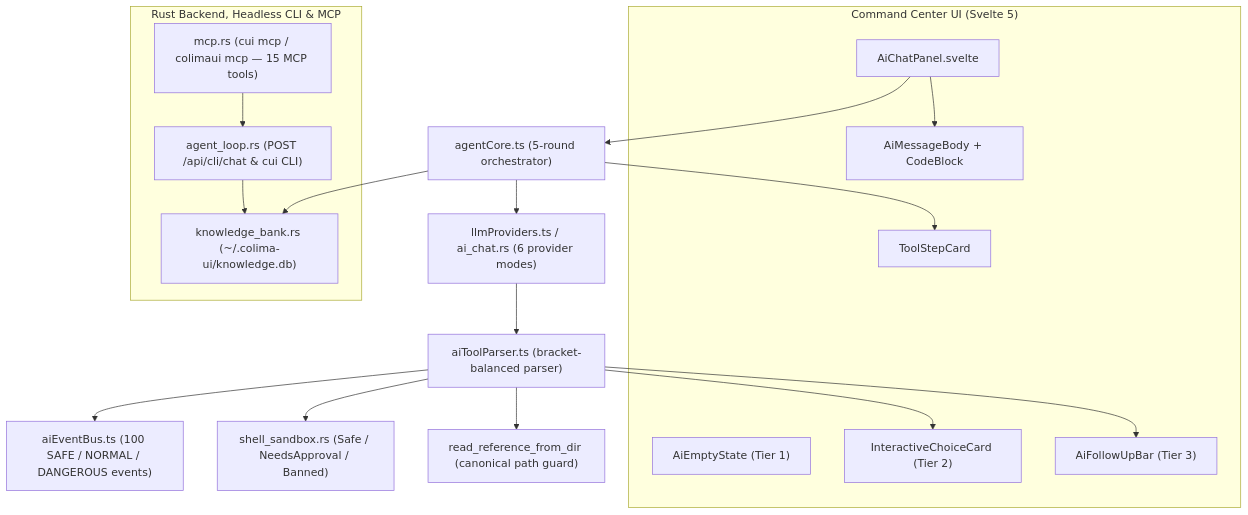
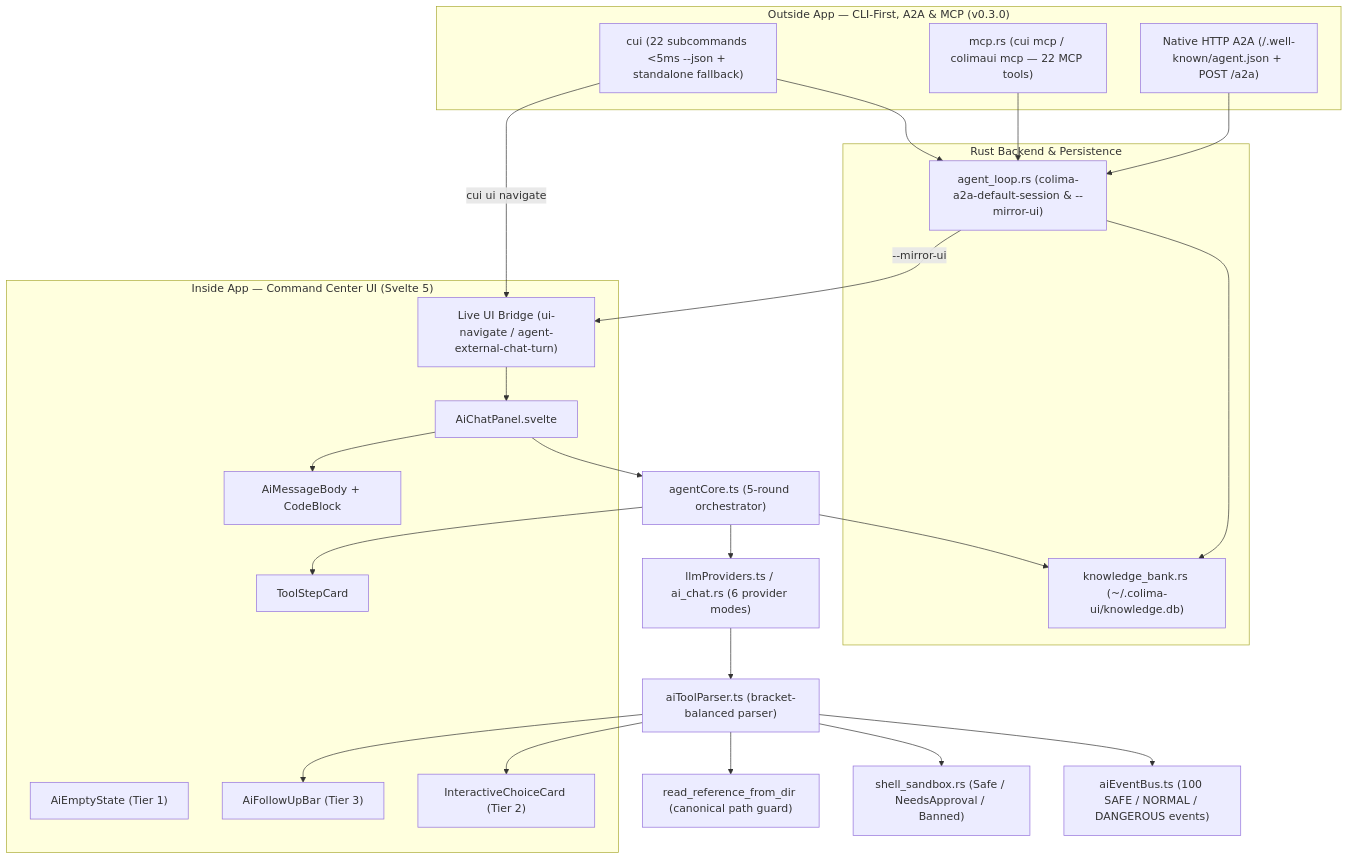
Before and after one commit to vnknowledge2014/colima-ui: the diagram in docs/ai.md, drawn with Mermaid. The commit also changed other lines of this file and 43 other files, not shown here.

First line of the commit message:
feat(v0.3.0): unify CLI-first cui, full headless agent parity, UI bridge & native A2A (#95)

````diff
--- a/docs/ai.md
+++ b/docs/ai.md
@@ -9,33 +11,44 @@
 ```mermaid
 graph TD
-    subgraph UI["Command Center UI (Svelte 5)"]
+    subgraph UI["Inside App — Command Center UI (Svelte 5)"]
         PANEL["AiChatPanel.svelte"]
         EMPTY["AiEmptyState (Tier 1)"]
         CHOICE["InteractiveChoiceCard (Tier 2)"]
         FOLLOW["AiFollowUpBar (Tier 3)"]
         STEP["ToolStepCard"]
         BODY["AiMessageBody + CodeBlock"]
+        BRIDGE["Live UI Bridge (ui-navigate / agent-external-chat-turn)"]
     end
 
     PANEL --> CORE["agentCore.ts (5-round orchestrator)"]
     CORE --> STREAM["llmProviders.ts / ai_chat.rs (6 provider modes)"]
     STREAM --> PARSER["aiToolParser.ts (bracket-balanced parser)"]
 
     PARSER --> BUS["aiEventBus.ts (100 SAFE / NORMAL / DANGEROUS events)"]
     PARSER --> SANDBOX["shell_sandbox.rs (Safe / NeedsApproval / Banned)"]
     PARSER --> REF["read_reference_from_dir (canonical path guard)"]
     PARSER --> CHOICE
     PARSER --> FOLLOW
     CORE --> STEP
     PANEL --> BODY
 
-    subgraph Backend["Rust Backend, Headless CLI & MCP"]
+    subgraph Outside["Outside App — CLI-First, A2A & MCP (v0.3.0)"]
+        CUI["cui (22 subcommands <5ms --json + standalone fallback)"]
+        MCP["mcp.rs (cui mcp / colimaui mcp — 22 MCP tools)"]
+        A2A["Native HTTP A2A (/.well-known/agent.json + POST /a2a)"]
+    end
+
+    subgraph Backend["Rust Backend & Persistence"]
         KB["knowledge_bank.rs (~/.colima-ui/knowledge.db)"]
-        CLI["agent_loop.rs (POST /api/cli/chat & cui CLI)"]
-        MCP["mcp.rs (cui mcp / colimaui mcp — 15 MCP tools)"]
+        CLI["agent_loop.rs (colima-a2a-default-session & --mirror-ui)"]
     end
 
     CORE --> KB
+    CUI --> CLI
+    MCP --> CLI
+    A2A --> CLI
     CLI --> KB
-    MCP --> CLI
+    CLI -->|"--mirror-ui"| BRIDGE
+    CUI -->|"cui ui navigate"| BRIDGE
+    BRIDGE --> PANEL
 ```
````
